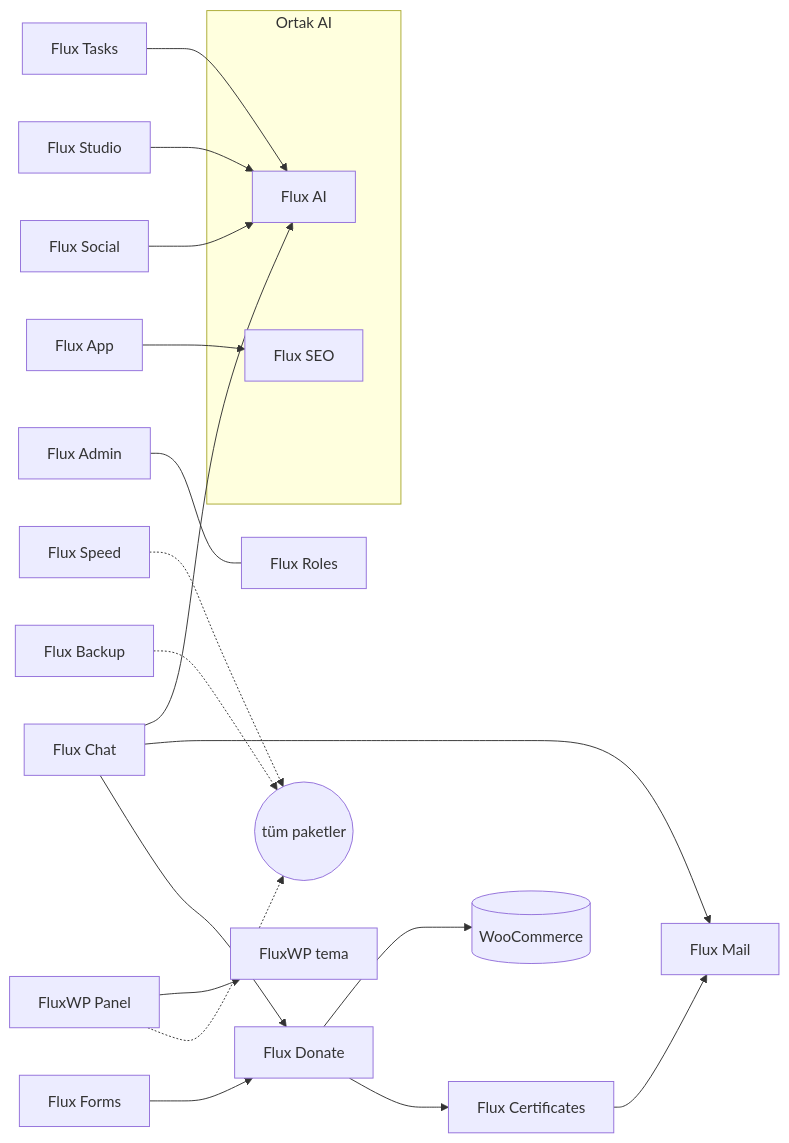
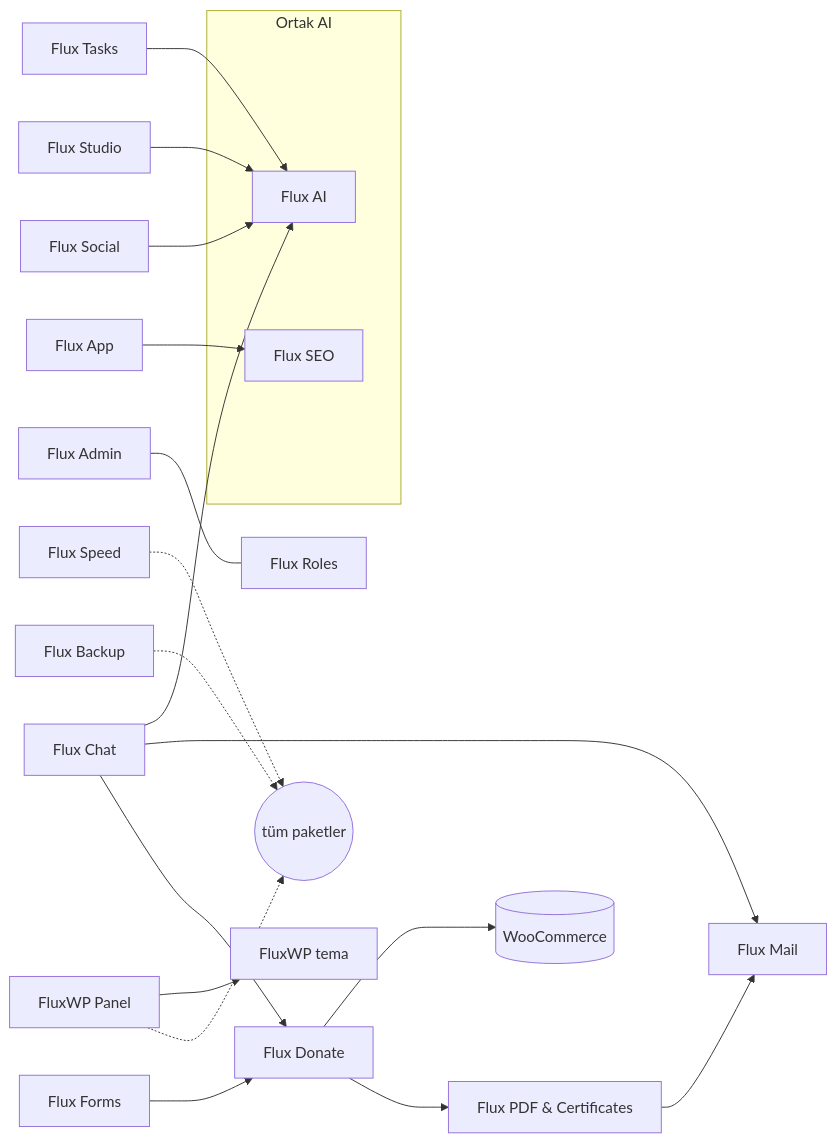
The diagram in README.tr.md (FluxWP/FluxWP), drawn with Mermaid before and after one commit. The commit also changed other lines of this file and 33 other files, not shown here.

Commit message:
Rename Flux Certificates display name to Flux PDF & Certificates

````diff
--- a/README.tr.md
+++ b/README.tr.md
@@ -35,23 +35,23 @@
 ```mermaid
 flowchart LR
   subgraph Ortak AI
     AI["Flux AI"]
     MCP["Flux SEO"]
   end
-  BAG["Flux Donate"] --> CERT["Flux Certificates"]
+  BAG["Flux Donate"] --> CERT["Flux PDF & Certificates"]
   FORM["Flux Forms"] --> BAG
   BAG --> WOO[("WooCommerce")]
   CC["Flux Chat"] --> BAG
   CC --> COM["Flux Mail"]
   CERT --> COM
   SOC["Flux Social"] --> AI
   STU["Flux Studio"] --> AI
   CC --> AI
   TASK["Flux Tasks"] --> AI
   ADM["Flux Admin"] --- ROL["Flux Roles"]
   APP["Flux App"] --> MCP
   SET["FluxWP Panel"] -.-> ALL(("tüm paketler"))
   BAK["Flux Backup"] -.-> ALL
   PERF["Flux Speed"] -.-> ALL
   SET["FluxWP Panel"] --> THEME["FluxWP tema"]
 ```
````
